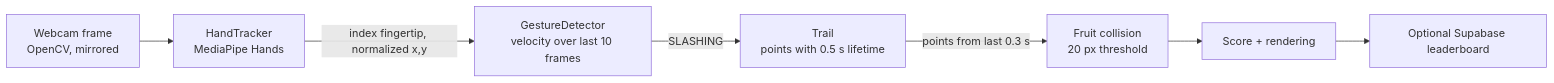
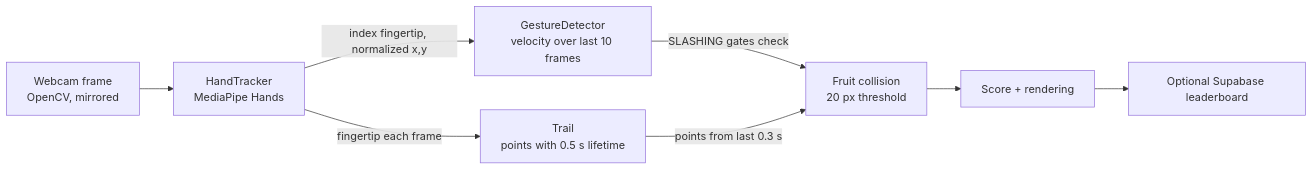
One commit to bigalex95/minininja changed the diagram in README.md. Above: the diagram before and after it, drawn with Mermaid. The commit also changed other lines of this file and 4 other files, not shown here.

Commit message:
fix: cap mediapipe below 0.10.30, correct wording and README diagram

````diff
--- a/README.md
+++ b/README.md
@@ -17,9 +17,10 @@
 ```mermaid
 flowchart LR
     A[Webcam frame<br/>OpenCV, mirrored] --> B[HandTracker<br/>MediaPipe Hands]
     B -->|index fingertip, normalized x,y| C[GestureDetector<br/>velocity over last 10 frames]
-    C -->|SLASHING| D[Trail<br/>points with 0.5 s lifetime]
-    D -->|points from last 0.3 s| E[Fruit collision<br/>20 px threshold]
+    B -->|fingertip each frame| D[Trail<br/>points with 0.5 s lifetime]
+    C -->|SLASHING gates check| E[Fruit collision<br/>20 px threshold]
+    D -->|points from last 0.3 s| E
     E --> F[Score + rendering]
     F --> G[Optional Supabase leaderboard]
 ```
````
